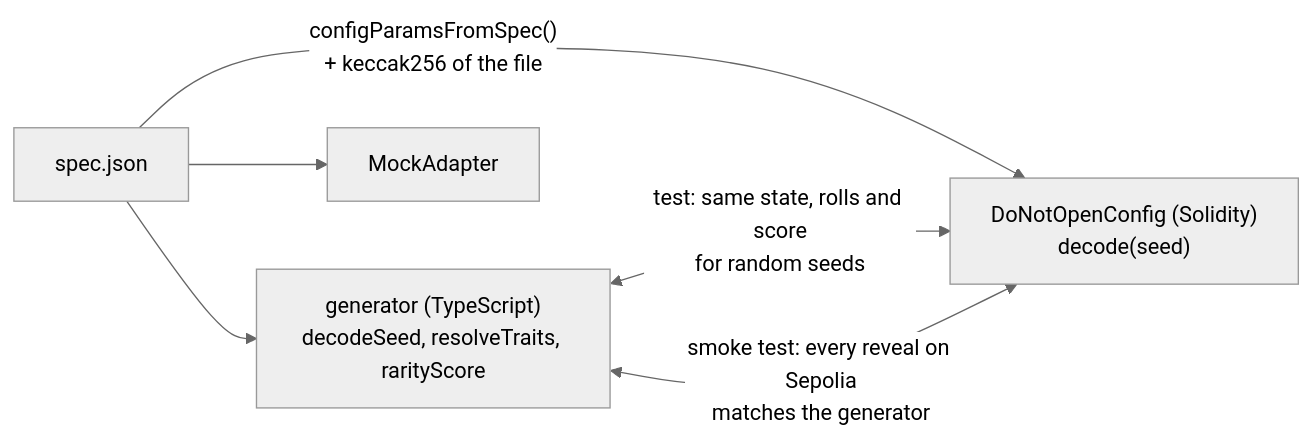
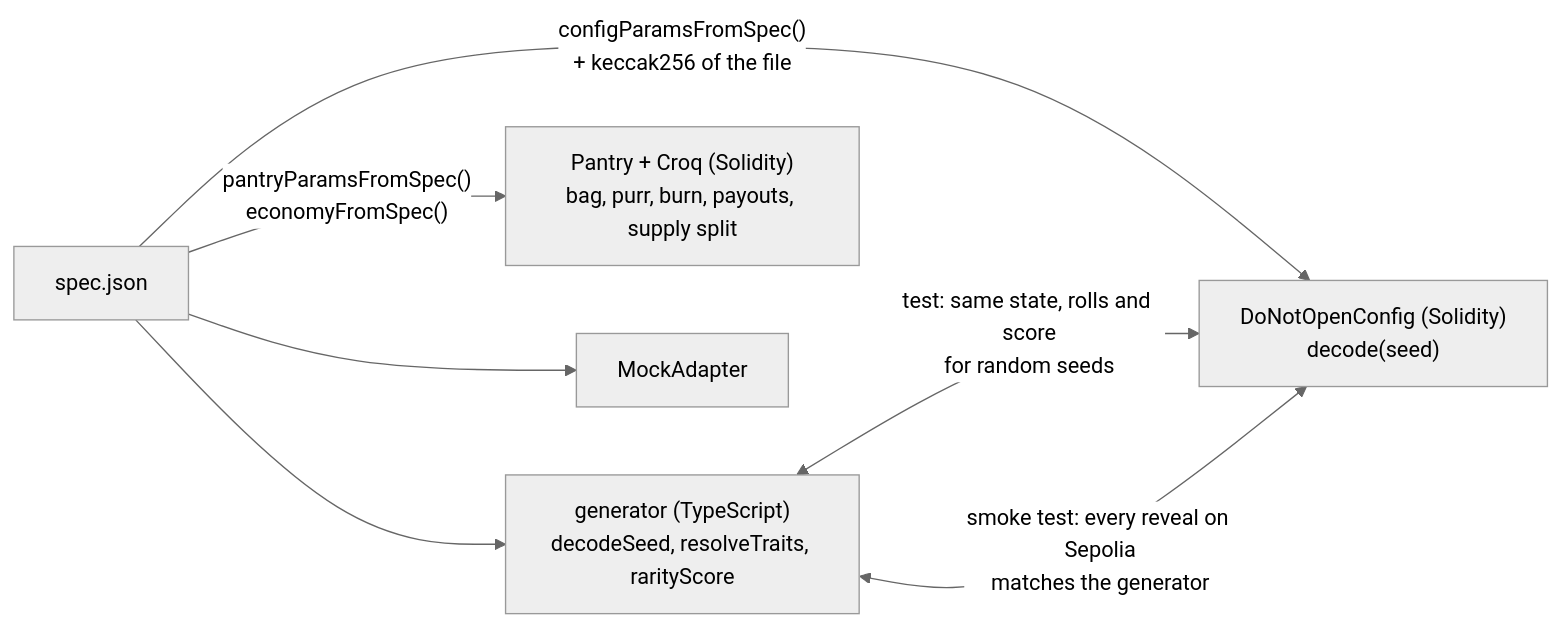
The second of 6 diagrams in docs/ARCHITECTURE.md (jecombe/do_not_open), drawn with Mermaid (neutral theme) before and after one commit. The commit also changed other lines of this file and 68 other files, not shown here.

````diff
--- a/docs/ARCHITECTURE.md
+++ b/docs/ARCHITECTURE.md
@@ -47,9 +48,10 @@
 ```mermaid
 flowchart LR
   json["spec.json"]
   json --> ts["generator (TypeScript)<br/>decodeSeed, resolveTraits, rarityScore"]
   json -- "configParamsFromSpec()<br/>+ keccak256 of the file" --> cfg["DoNotOpenConfig (Solidity)<br/>decode(seed)"]
+  json -- "pantryParamsFromSpec()<br/>economyFromSpec()" --> pantry["Pantry + Croq (Solidity)<br/>bag, purr, burn, payouts, supply split"]
   json --> mock["MockAdapter"]
   ts <-- "test: same state, rolls and score<br/>for random seeds" --> cfg
   ts <-- "smoke test: every reveal on Sepolia<br/>matches the generator" --> cfg
 ```
````
